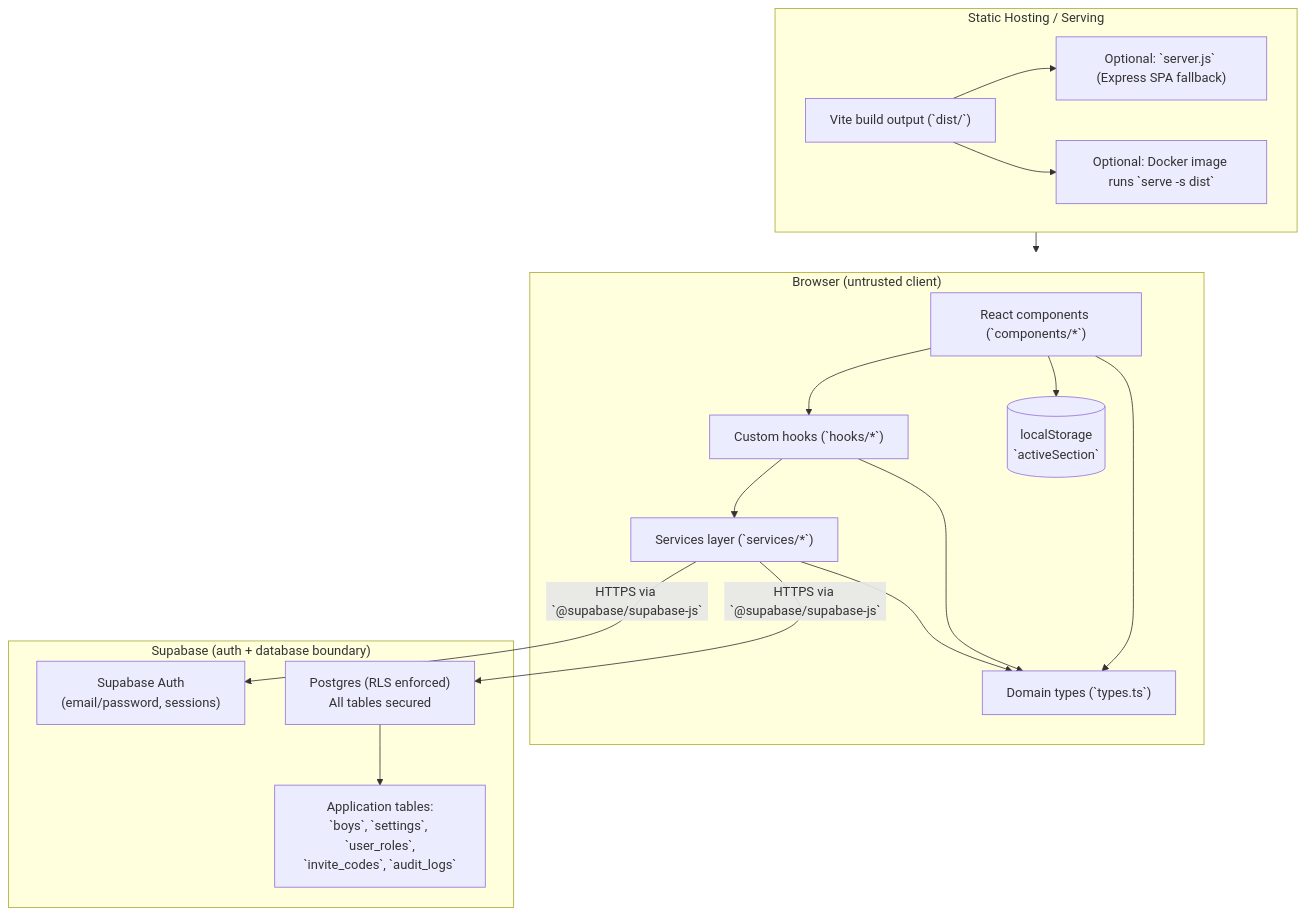
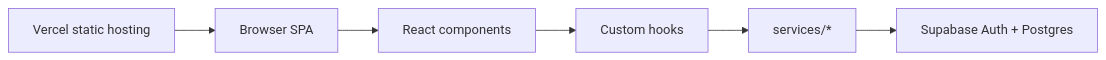
Before and after one commit to harrisonk0/BB-Manager: the diagram in ARCHITECTURE.md, drawn with Mermaid. The commit also changed other lines of this file and 25 other files, not shown here.

````diff
--- a/ARCHITECTURE.md
+++ b/ARCHITECTURE.md
@@ -49,34 +30,15 @@
 ```mermaid
-flowchart TB
-  subgraph Hosting["Static Hosting / Serving"]
-    Dist["Vite build output (`dist/`)"]
-    Express["Optional: `server.js` (Express SPA fallback)"]
-    Serve["Optional: Docker image runs `serve -s dist`"]
-    Dist --> Express
-    Dist --> Serve
-  end
+flowchart LR
+  Browser["Browser SPA"]
+  UI["React components"]
+  Hooks["Custom hooks"]
+  Services["services/*"]
+  Supabase["Supabase Auth + Postgres"]
+  Vercel["Vercel static hosting"]
 
-  subgraph Browser["Browser (untrusted client)"]
-    UI["React components (`components/*`)"]
-    Hooks["Custom hooks (`hooks/*`)"]
-    Services["Services layer (`services/*`)"]
-    Types["Domain types (`types.ts`)"]
-    LS[("localStorage\n`activeSection`")]
-    UI --> Hooks --> Services
-    UI --> LS
-    UI --> Types
-    Hooks --> Types
-    Services --> Types
-  end
-
-  subgraph Supabase["Supabase (auth + database boundary)"]
-    Auth["Supabase Auth\n(email/password, sessions)"]
-    DB["Postgres (RLS enforced)\nAll tables secured"]
-    Tables["Application tables:\n`boys`, `settings`, `user_roles`,\n`invite_codes`, `audit_logs`"]
-    DB --> Tables
-  end
-
-  Hosting --> Browser
-  Services -->|HTTPS via `@supabase/supabase-js`| Auth
-  Services -->|HTTPS via `@supabase/supabase-js`| DB
+  Vercel --> Browser
+  Browser --> UI
+  UI --> Hooks
+  Hooks --> Services
+  Services --> Supabase
 ```
````
